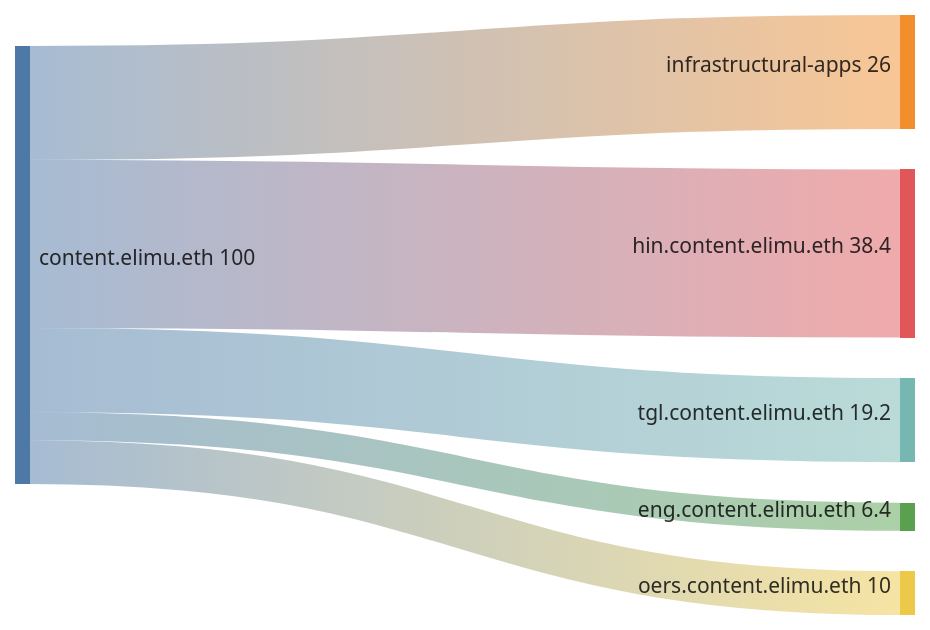
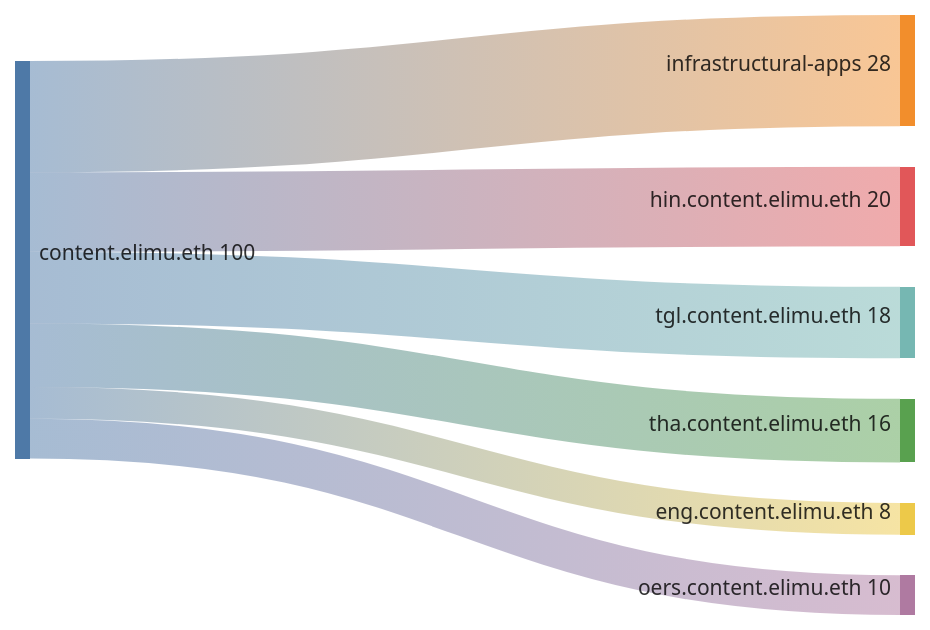
One commit to elimu-ai/web3-wiki changed the first of 3 diagrams in DRIP_LIST_FUNDING_SPLITS.md. Above: the diagram before and after it, drawn with Mermaid.

Commit message:
chore: adjust drip list funding splits - content
#66

````diff
--- a/DRIP_LIST_FUNDING_SPLITS.md
+++ b/DRIP_LIST_FUNDING_SPLITS.md
@@ -31,10 +31,11 @@
 ```mermaid
 sankey-beta
 
 %% source,target,value
-content.elimu.eth,infrastructural-apps,26
-content.elimu.eth,hin.content.elimu.eth,38.4
-content.elimu.eth,tgl.content.elimu.eth,19.2
-content.elimu.eth,eng.content.elimu.eth,6.4
-content.elimu.eth,oers.content.elimu.eth,10
+content.elimu.eth,infrastructural-apps,28.00
+content.elimu.eth,hin.content.elimu.eth,20.00
+content.elimu.eth,tgl.content.elimu.eth,18.00
+content.elimu.eth,tha.content.elimu.eth,16.00
+content.elimu.eth,eng.content.elimu.eth,8.00
+content.elimu.eth,oers.content.elimu.eth,10.00
 ```
````
